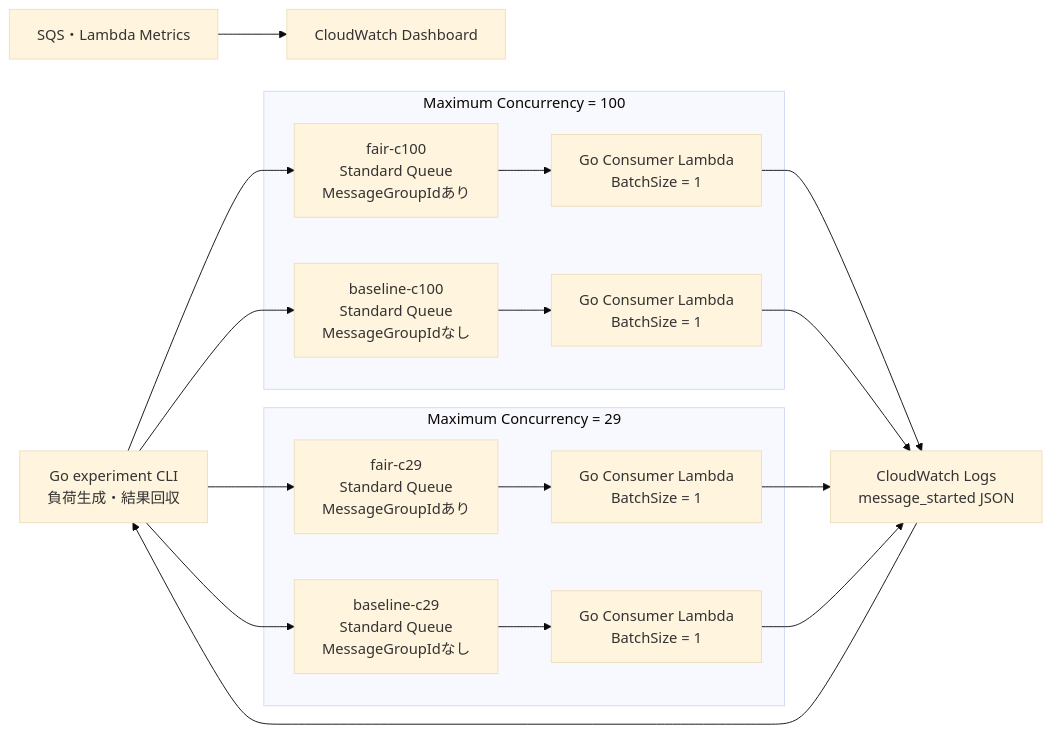
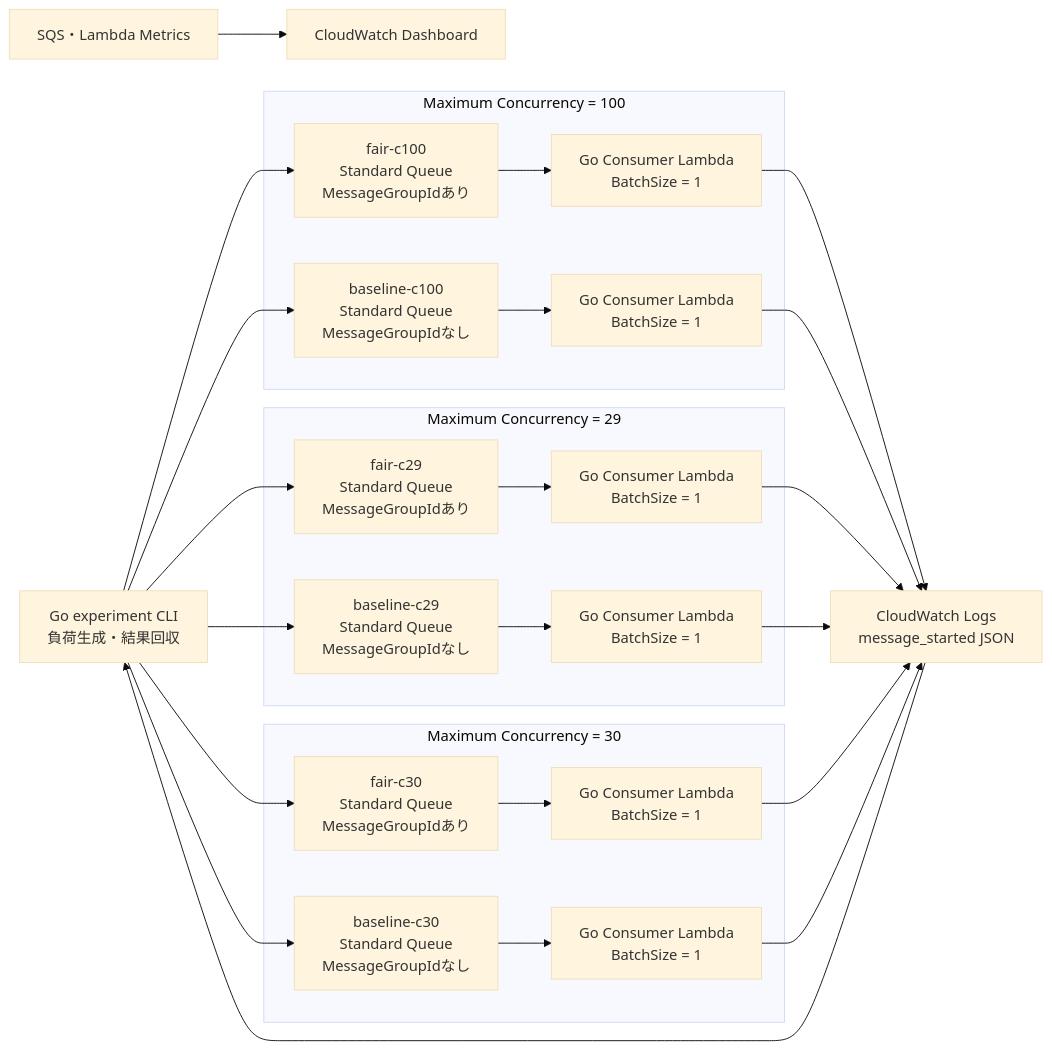
Before and after one commit to clep-raggedcloth/sqs-fair-queues-lab: the second of 5 diagrams in README.md, drawn with Mermaid (base theme). The commit also changed other lines of this file and 16 other files, not shown here.

First line of the commit message:
feat: add baseline phase, CloudWatch metrics collection, and concurrency 30 boundary support

````diff
--- a/README.md
+++ b/README.md
@@ -46,26 +48,35 @@
 ```mermaid
 flowchart LR
     Runner["Go experiment CLI<br/>負荷生成・結果回収"]
 
     subgraph C100["Maximum Concurrency = 100"]
         FC100["fair-c100<br/>Standard Queue<br/>MessageGroupIdあり"] --> FL100["Go Consumer Lambda<br/>BatchSize = 1"]
         BC100["baseline-c100<br/>Standard Queue<br/>MessageGroupIdなし"] --> BL100["Go Consumer Lambda<br/>BatchSize = 1"]
     end
 
     subgraph C29["Maximum Concurrency = 29"]
         FC29["fair-c29<br/>Standard Queue<br/>MessageGroupIdあり"] --> FL29["Go Consumer Lambda<br/>BatchSize = 1"]
         BC29["baseline-c29<br/>Standard Queue<br/>MessageGroupIdなし"] --> BL29["Go Consumer Lambda<br/>BatchSize = 1"]
     end
 
+    subgraph C30["Maximum Concurrency = 30"]
+        FC30["fair-c30<br/>Standard Queue<br/>MessageGroupIdあり"] --> FL30["Go Consumer Lambda<br/>BatchSize = 1"]
+        BC30["baseline-c30<br/>Standard Queue<br/>MessageGroupIdなし"] --> BL30["Go Consumer Lambda<br/>BatchSize = 1"]
+    end
+
     Runner --> FC100
     Runner --> BC100
     Runner --> FC29
     Runner --> BC29
+    Runner --> FC30
+    Runner --> BC30
 
     FL100 --> Logs["CloudWatch Logs<br/>message_started JSON"]
     BL100 --> Logs
     FL29 --> Logs
     BL29 --> Logs
+    FL30 --> Logs
+    BL30 --> Logs
     Logs --> Runner
     Metrics["SQS・Lambda Metrics"] --> Dashboard["CloudWatch Dashboard"]
 ```
````
